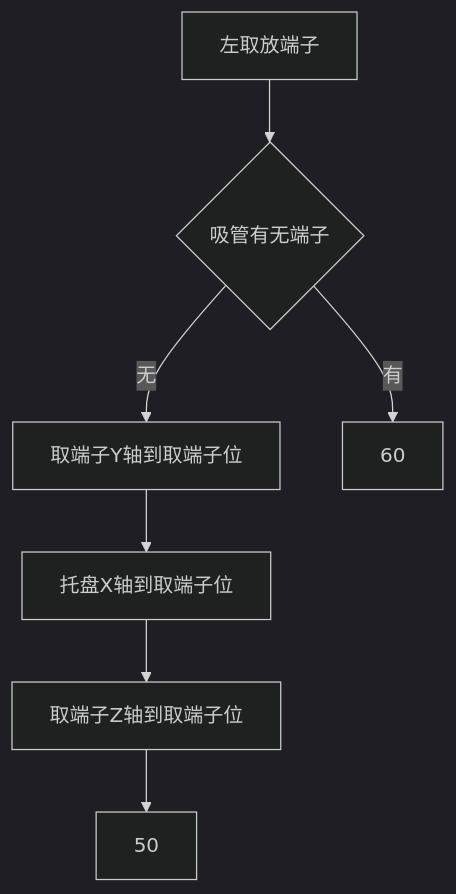
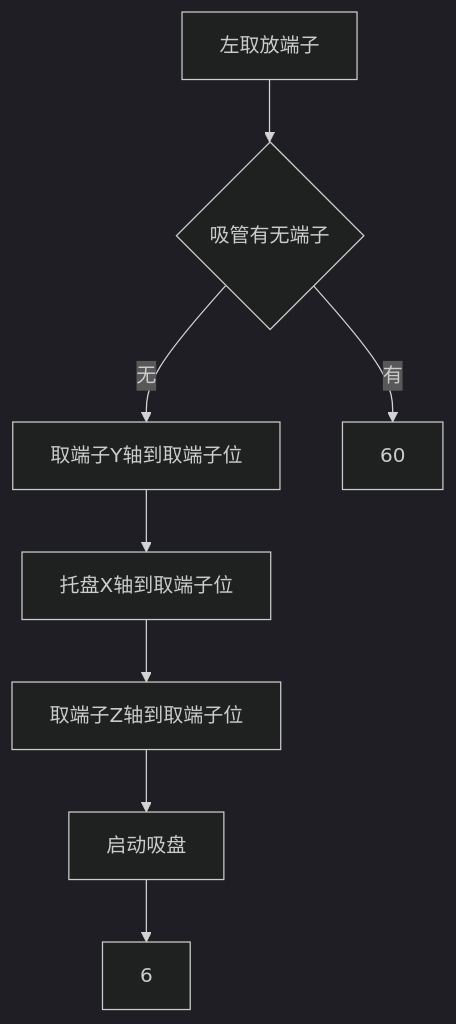
Before and after one commit to zmq000/iodraw-files: the diagram in all/VR-OP90左取放端子.md, drawn with Mermaid (dark theme).

Commit message:
2026-06-18 10:35:30 update

````diff
--- a/all/VR-OP90左取放端子.md
+++ b/all/VR-OP90左取放端子.md
@@ -1,10 +1,10 @@
 ```mermaid
 graph TD
 0[左取放端子]-->10
 10{吸管有无端子}-->|有|60
 10-->|无|20
 20[取端子Y轴到取端子位]-->30
 30[托盘X轴到取端子位]-->40
 40[取端子Z轴到取端子位]-->50
-
+50[启动吸盘]-->6
 ```
````
